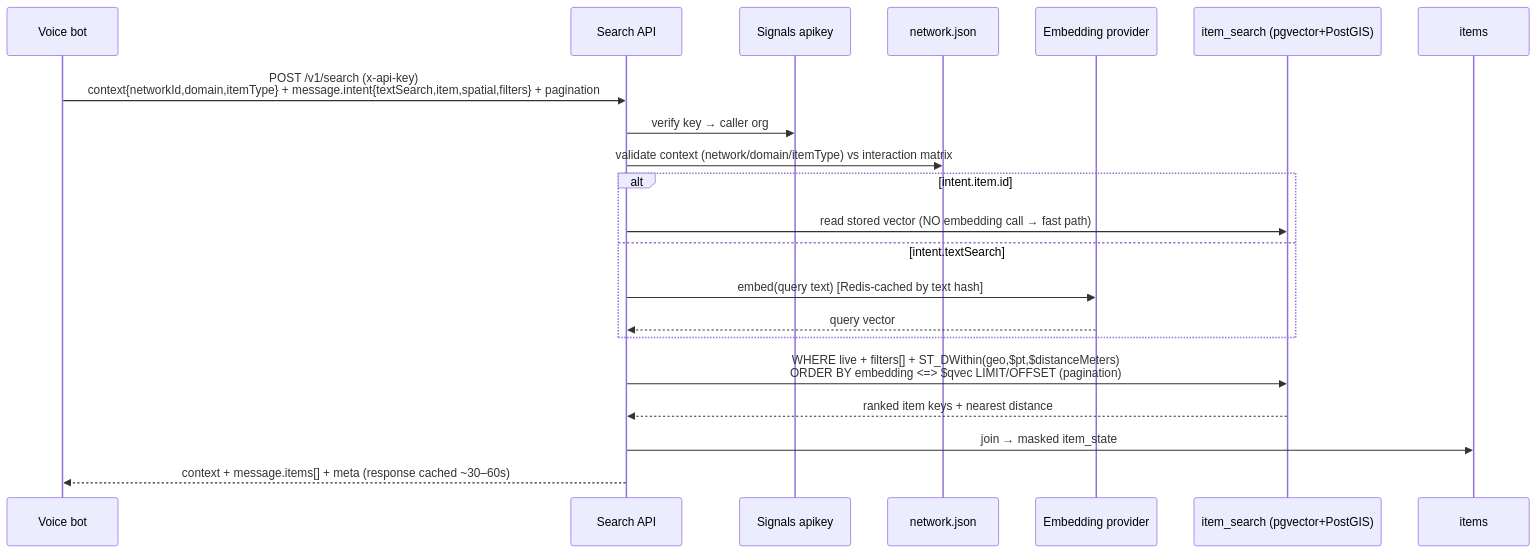
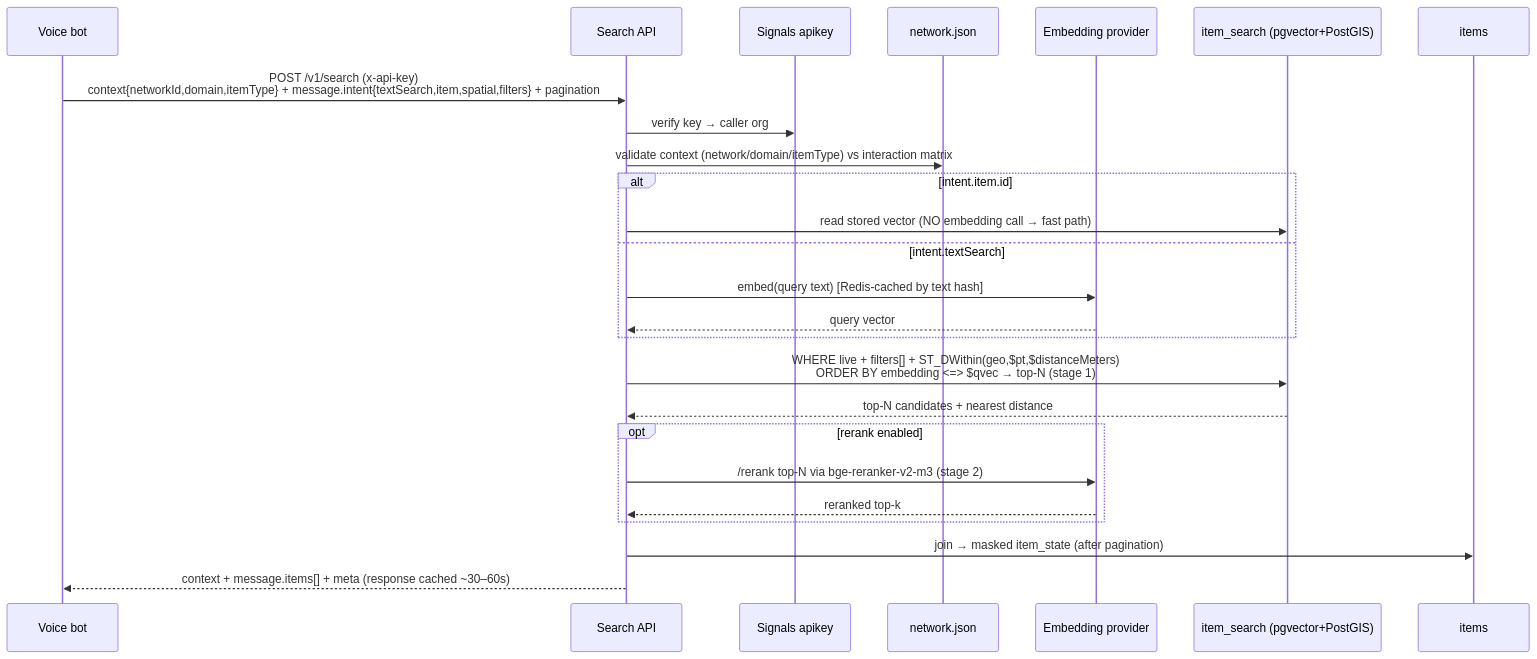
The third of 3 diagrams in docs/2026-06-09-signals-search-engine-architecture.md (Blue-Dots-Economy/signals-search), drawn with Mermaid before and after one commit. The commit also changed other lines of this file and 2 other files, not shown here.

First line of the commit message:
Add embedding serving (TEI) and two-stage reranking to design

````diff
--- a/docs/2026-06-09-signals-search-engine-architecture.md
+++ b/docs/2026-06-09-signals-search-engine-architecture.md
@@ -91,24 +91,28 @@
 ```mermaid
 sequenceDiagram
   participant C as Voice bot
   participant A as Search API
   participant AK as Signals apikey
   participant NJ as network.json
   participant E as Embedding provider
   participant V as item_search (pgvector+PostGIS)
   participant IT as items
 
   C->>A: POST /v1/search (x-api-key)<br/>context{networkId,domain,itemType} + message.intent{textSearch,item,spatial,filters} + pagination
   A->>AK: verify key → caller org
   A->>NJ: validate context (network/domain/itemType) vs interaction matrix
   alt intent.item.id
     A->>V: read stored vector (NO embedding call → fast path)
   else intent.textSearch
     A->>E: embed(query text) [Redis-cached by text hash]
     E-->>A: query vector
   end
-  A->>V: WHERE live + filters[] + ST_DWithin(geo,$pt,$distanceMeters)<br/>ORDER BY embedding <=> $qvec LIMIT/OFFSET (pagination)
-  V-->>A: ranked item keys + nearest distance
-  A->>IT: join → masked item_state
+  A->>V: WHERE live + filters[] + ST_DWithin(geo,$pt,$distanceMeters)<br/>ORDER BY embedding <=> $qvec → top-N (stage 1)
+  V-->>A: top-N candidates + nearest distance
+  opt rerank enabled
+    A->>E: /rerank top-N via bge-reranker-v2-m3 (stage 2)
+    E-->>A: reranked top-k
+  end
+  A->>IT: join → masked item_state (after pagination)
   A-->>C: context + message.items[] + meta (response cached ~30–60s)
 ```
````
